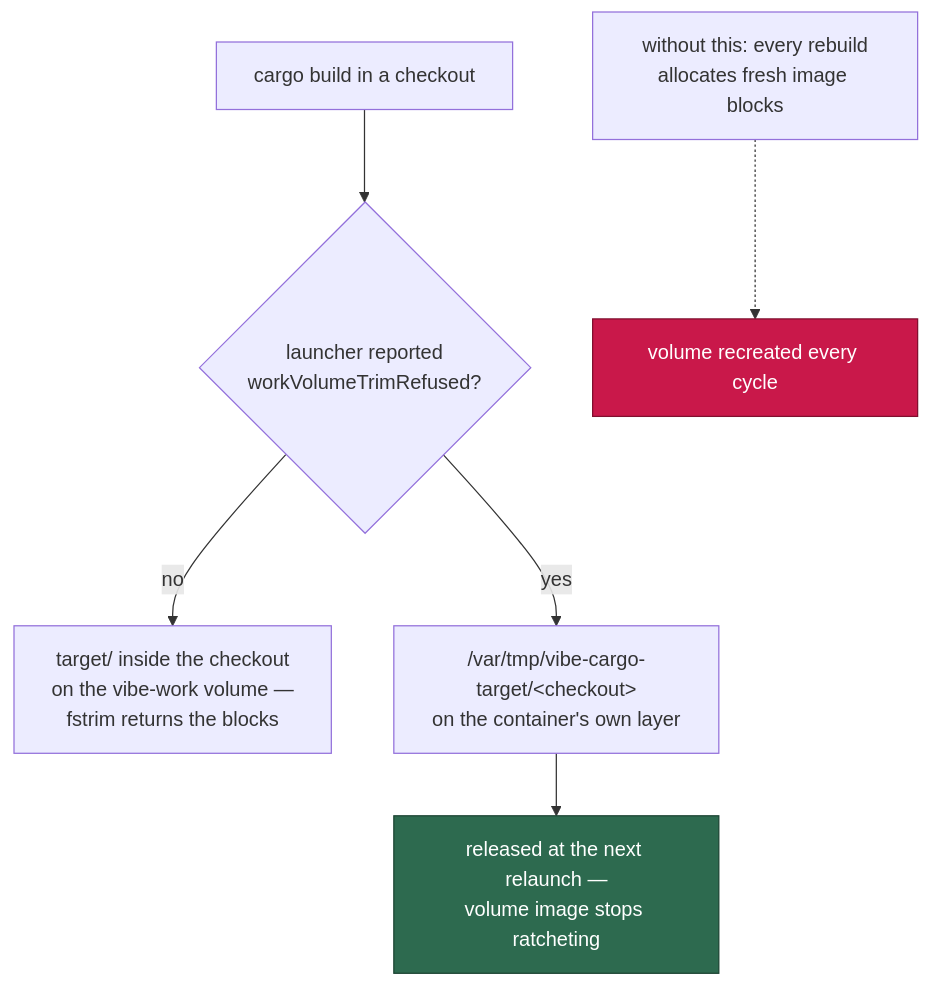
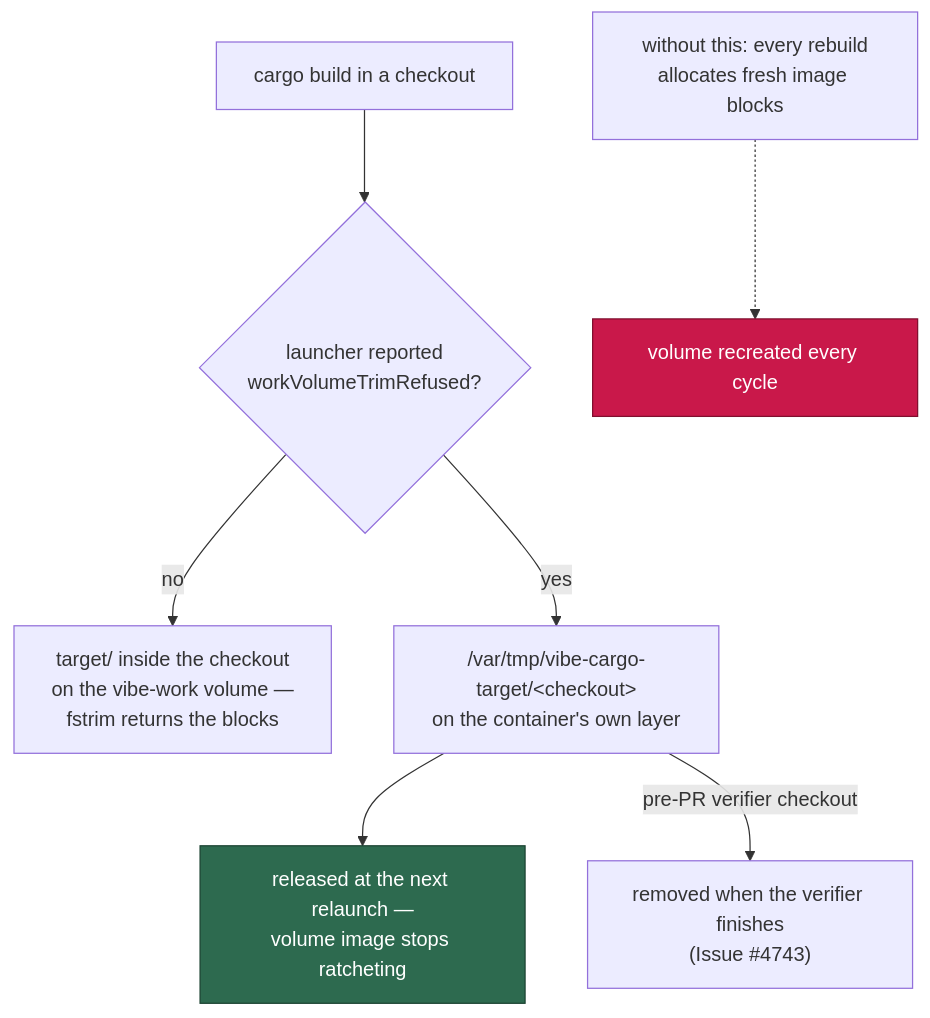
Diagram 15 of 23 in docs/CONTAINER.md (stSoftwareAU/VibeCoder), drawn with Mermaid before and after one commit. The commit also changed other lines of this file and 5 other files, not shown here.

````diff
--- a/docs/CONTAINER.md
+++ b/docs/CONTAINER.md
@@ -1777,10 +1781,11 @@
 ```mermaid
 flowchart TD
     B["cargo build in a checkout"] --> Q{"launcher reported<br/>workVolumeTrimRefused?"}
     Q -->|"no"| V["target/ inside the checkout<br/>on the vibe-work volume —<br/>fstrim returns the blocks"]
     Q -->|"yes"| E["/var/tmp/vibe-cargo-target/&lt;checkout&gt;<br/>on the container's own layer"]
     E --> R["released at the next relaunch —<br/>volume image stops ratcheting"]
+    E -->|"pre-PR verifier checkout"| P["removed when the verifier finishes<br/>(Issue #4743)"]
     V2["without this: every rebuild<br/>allocates fresh image blocks"] -.-> X["volume recreated every cycle"]
     style R fill:#2d6a4f,stroke:#1b4332,color:#fff
     style X fill:#c9184a,stroke:#800f2f,color:#fff
 ```
````
